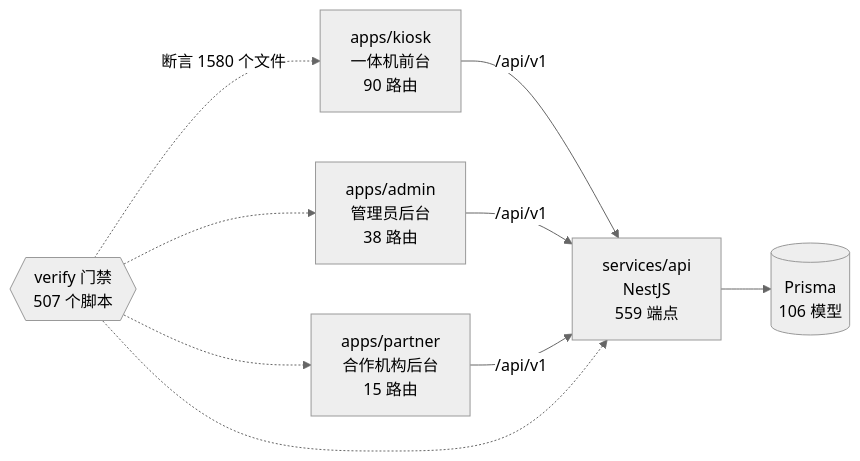
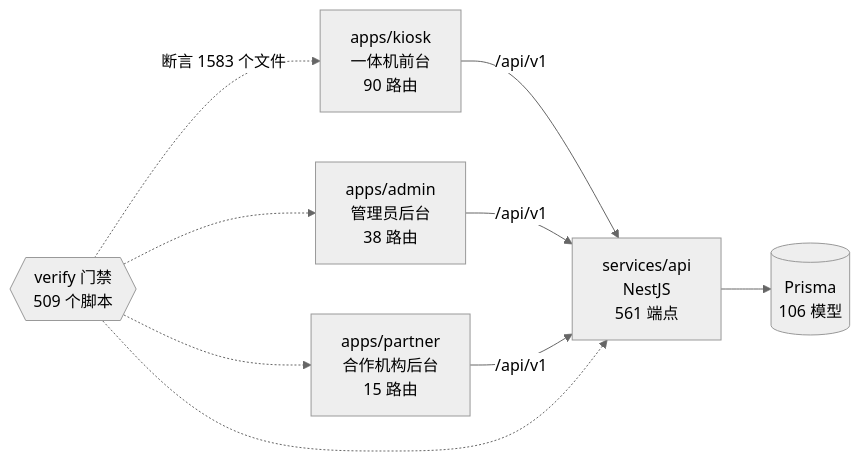
Before and after one commit to wanglei581/YITIJI: the diagram in docs/graph/README.md, drawn with Mermaid (neutral theme). The commit also changed other lines of this file and 6 other files, not shown here.

Commit message:
docs(progress): P1-4/P1-5 backend hardening entry; graph regenerated

````diff
--- a/docs/graph/README.md
+++ b/docs/graph/README.md
@@ -68,18 +68,18 @@
 ```mermaid
 flowchart LR
   kiosk["apps/kiosk<br/>一体机前台<br/>90 路由"]
   admin["apps/admin<br/>管理员后台<br/>38 路由"]
   partner["apps/partner<br/>合作机构后台<br/>15 路由"]
-  api["services/api<br/>NestJS<br/>559 端点"]
+  api["services/api<br/>NestJS<br/>561 端点"]
   db[("Prisma<br/>106 模型")]
-  gates{{"verify 门禁<br/>507 个脚本"}}
+  gates{{"verify 门禁<br/>509 个脚本"}}
 
   kiosk -->|"/api/v1"| api
   admin -->|"/api/v1"| api
   partner -->|"/api/v1"| api
   api --> db
-  gates -.->|"断言 1580 个文件"| kiosk
+  gates -.->|"断言 1583 个文件"| kiosk
   gates -.-> admin
   gates -.-> partner
   gates -.-> api
 ```
````
